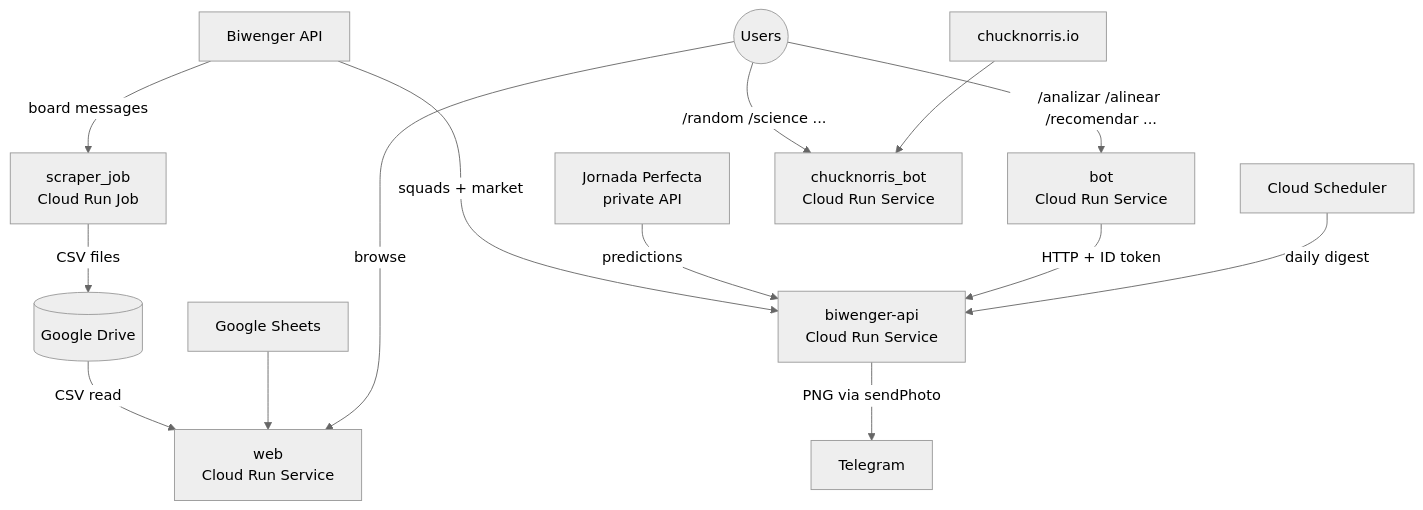
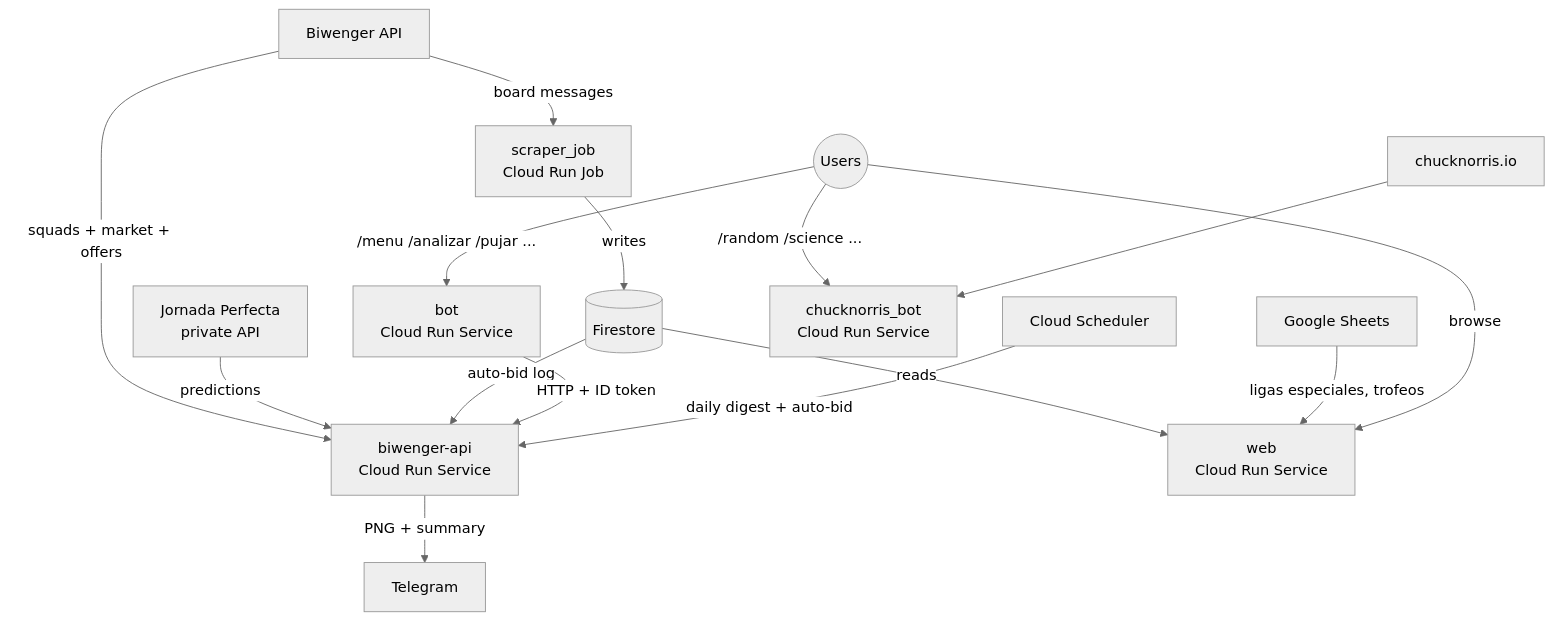
The diagram in README.md (jorgelillo7/lillorepo), drawn with Mermaid (neutral theme) before and after one commit. The commit also changed other lines of this file and 12 other files, not shown here.

````diff
--- a/README.md
+++ b/README.md
@@ -9,16 +9,17 @@
 ```mermaid
 graph TD
     BWAPI[Biwenger API] -->|board messages| SJ[scraper_job<br/>Cloud Run Job]
-    BWAPI -->|squads + market| API[biwenger-api<br/>Cloud Run Service]
+    BWAPI -->|squads + market + offers| API[biwenger-api<br/>Cloud Run Service]
     JP[Jornada Perfecta<br/>private API] -->|predictions| API
-    SJ -->|CSV files| GD[(Google Drive)]
-    GD -->|CSV read| WEB[web<br/>Cloud Run Service]
-    API -->|PNG via sendPhoto| TG[Telegram]
-    USR((Users)) -->|/analizar /alinear /recomendar ...| BOT[bot<br/>Cloud Run Service]
+    SJ -->|writes| FS[(Firestore)]
+    FS -->|reads| WEB[web<br/>Cloud Run Service]
+    FS -->|auto-bid log| API
+    API -->|PNG + summary| TG[Telegram]
+    USR((Users)) -->|/menu /analizar /pujar ...| BOT[bot<br/>Cloud Run Service]
     BOT -->|HTTP + ID token| API
-    SCH[Cloud Scheduler] -->|daily digest| API
+    SCH[Cloud Scheduler] -->|daily digest + auto-bid| API
     USR -->|/random /science ...| CBOT[chucknorris_bot<br/>Cloud Run Service]
     CN[chucknorris.io] --> CBOT
-    GS[Google Sheets] --> WEB
+    GS[Google Sheets] -->|ligas especiales, trofeos| WEB
     USR -->|browse| WEB
 ```
````
